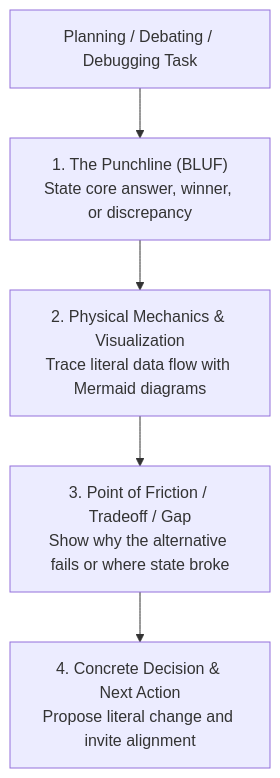
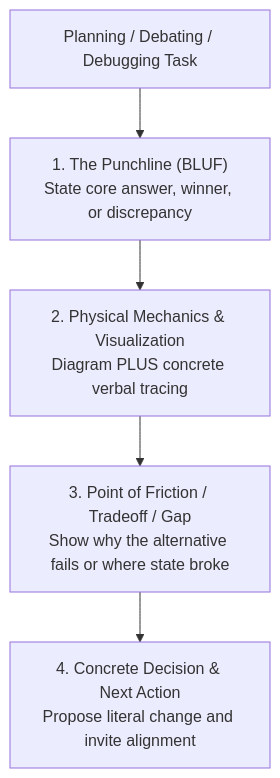
Before and after one commit to loerei/myskills: the diagram in productivity/your-co-engineer-for-this-jet-engine-is-an-infant/SKILL.md, drawn with Mermaid. The commit also changed other lines of this file and 1 other file, not shown here.

Commit message:
feat(skills): enforce diagram PLUS verbose verbal walkthrough rule in jet engine infant skill

````diff
--- a/productivity/your-co-engineer-for-this-jet-engine-is-an-infant/SKILL.md
+++ b/productivity/your-co-engineer-for-this-jet-engine-is-an-infant/SKILL.md
@@ -18,7 +18,7 @@
 ```mermaid
 flowchart TD
     Start["Planning / Debating / Debugging Task"] --> Step1["1. The Punchline (BLUF)<br/>State core answer, winner, or discrepancy"]
-    Step1 --> Step2["2. Physical Mechanics & Visualization<br/>Trace literal data flow with Mermaid diagrams"]
+    Step1 --> Step2["2. Physical Mechanics & Visualization<br/>Diagram PLUS concrete verbal tracing"]
     Step2 --> Step3["3. Point of Friction / Tradeoff / Gap<br/>Show why the alternative fails or where state broke"]
     Step3 --> Step4["4. Concrete Decision & Next Action<br/>Propose literal change and invite alignment"]
 ```
````
